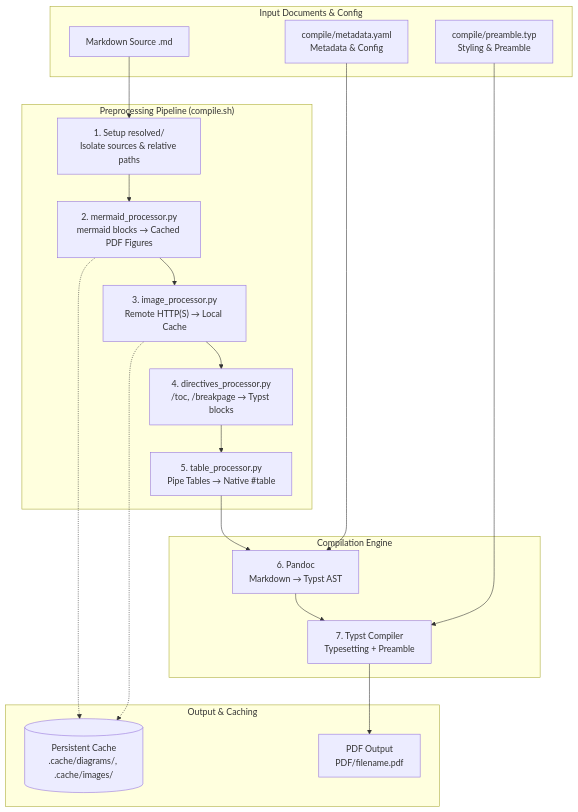
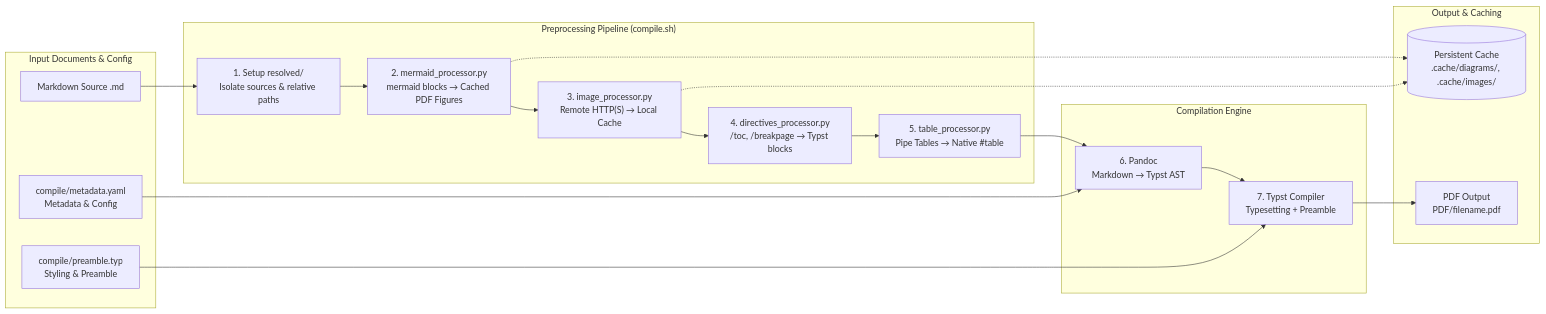
One commit to Masrkai/MRKcompile changed the diagram in README.md. Above: the diagram before and after it, drawn with Mermaid.

````diff
--- a/README.md
+++ b/README.md
@@ -9,39 +9,39 @@
 ```mermaid
-graph TD
+graph LR
     subgraph Input Documents & Config
         MD[Markdown Source .md]
         Meta["compile/metadata.yaml<br/>Metadata & Config"]
         Pre["compile/preamble.typ<br/>Styling & Preamble"]
     end
 
     subgraph "Preprocessing Pipeline (compile.sh)"
         Res["1. Setup resolved/<br/>Isolate sources & relative paths"]
         Mermaid["2. mermaid_processor.py<br/>mermaid blocks → Cached PDF Figures"]
         Images["3. image_processor.py<br/>Remote HTTP(S) → Local Cache"]
         Directives["4. directives_processor.py<br/>/toc, /breakpage → Typst blocks"]
         Tables["5. table_processor.py<br/>Pipe Tables → Native #table"]
     end
 
     subgraph Compilation Engine
         Pandoc["6. Pandoc<br/>Markdown → Typst AST"]
         Typst["7. Typst Compiler<br/>Typesetting + Preamble"]
     end
 
     subgraph Output & Caching
         PDF["PDF Output<br/>PDF/filename.pdf"]
         Cache[("Persistent Cache<br/>.cache/diagrams/, .cache/images/")]
     end
 
     MD --> Res
     Res --> Mermaid
     Mermaid --> Images
     Images --> Directives
     Directives --> Tables
     Tables --> Pandoc
     Meta --> Pandoc
     Pre --> Typst
     Pandoc --> Typst
     Typst --> PDF
     Mermaid -.-> Cache
     Images -.-> Cache
 ```
````
